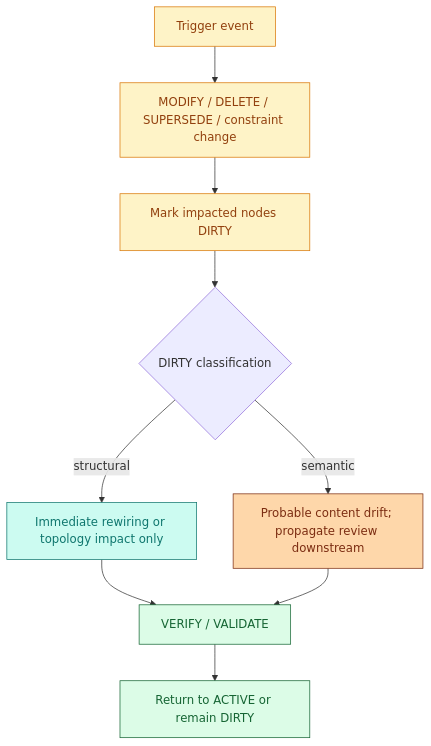
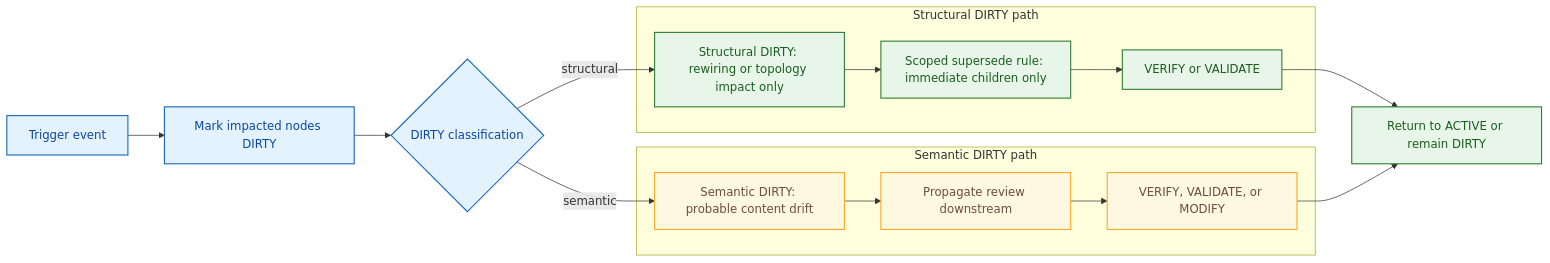
Before and after one commit to formosa/Antigravity: diagram 15 of 28 in .agent/assets/proposals/active/v6.3/ddr_ref_manual_v6.3.md, drawn with Mermaid. The commit also changed other lines of this file, not shown here.

````diff
--- a/.agent/assets/proposals/active/v6.3/ddr_ref_manual_v6.3.md
+++ b/.agent/assets/proposals/active/v6.3/ddr_ref_manual_v6.3.md
@@ -1236,20 +1264,32 @@
 ```mermaid
-flowchart TD
-    TRIG["Trigger event"] --> KIND["MODIFY / DELETE / SUPERSEDE / constraint change"]
-    KIND --> MARK["Mark impacted nodes DIRTY"]
+flowchart LR
+    accTitle: DIRTY propagation and reclassification workflow
+    accDescr: Distinguishes structural DIRTY from semantic DIRTY and shows the scoped supersede exception before revalidation.
+    TRIG["Trigger event"] --> MARK["Mark impacted nodes DIRTY"]
     MARK --> CLASS{"DIRTY classification"}
-    CLASS -->|structural| LOCAL["Immediate rewiring or topology impact only"]
-    CLASS -->|semantic| CASCADE["Probable content drift; propagate review downstream"]
-    LOCAL --> VERIFY["VERIFY / VALIDATE"]
-    CASCADE --> VERIFY
-    VERIFY --> RESOLVE["Return to ACTIVE or remain DIRTY"]
 
-    classDef caution fill:#fef3c7,stroke:#d97706,color:#92400e;
-    classDef structural fill:#ccfbf1,stroke:#0f766e,color:#0f766e;
-    classDef semantic fill:#fed7aa,stroke:#7c2d12,color:#7c2d12;
-    classDef normative fill:#dcfce7,stroke:#166534,color:#166534;
-    class TRIG,KIND,MARK caution;
-    class LOCAL structural;
-    class CASCADE semantic;
-    class VERIFY,RESOLVE normative;
+    subgraph STRUCT["Structural DIRTY path"]
+        LOCAL["Structural DIRTY: rewiring or topology impact only"]
+        SCOPED["Scoped supersede rule: immediate children only"]
+        RECHECK["VERIFY or VALIDATE"]
+        LOCAL --> SCOPED --> RECHECK
+    end
+    subgraph SEMANTIC["Semantic DIRTY path"]
+        CASCADE["Semantic DIRTY: probable content drift"]
+        PROP["Propagate review downstream"]
+        REPAIR["VERIFY, VALIDATE, or MODIFY"]
+        CASCADE --> PROP --> REPAIR
+    end
+
+    CLASS -->|structural| LOCAL
+    CLASS -->|semantic| CASCADE
+    RECHECK --> RESOLVE["Return to ACTIVE or remain DIRTY"]
+    REPAIR --> RESOLVE
+
+    classDef normative fill:#e8f5e9,stroke:#2e7d32,color:#1b5e20,stroke-width:1.5px;
+    classDef schema fill:#e3f2fd,stroke:#1565c0,color:#0d47a1,stroke-width:1.5px;
+    classDef caution fill:#fff8e1,stroke:#f9a825,color:#6d4c41,stroke-width:1.5px;
+    class TRIG,MARK,CLASS schema;
+    class LOCAL,SCOPED,RECHECK,RESOLVE normative;
+    class CASCADE,PROP,REPAIR caution;
 ```
````
